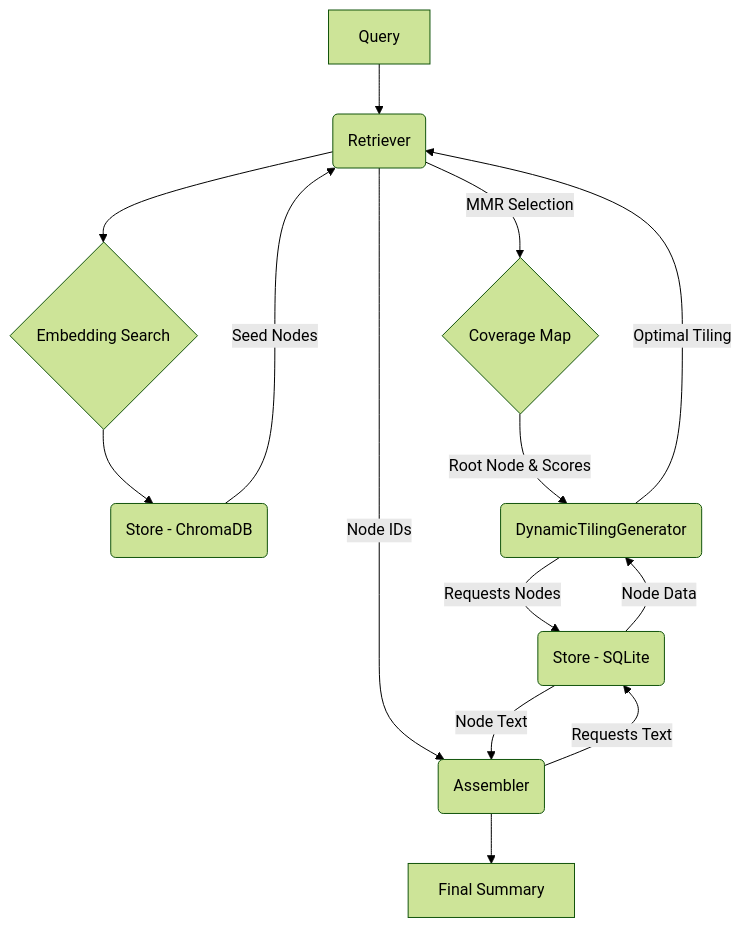
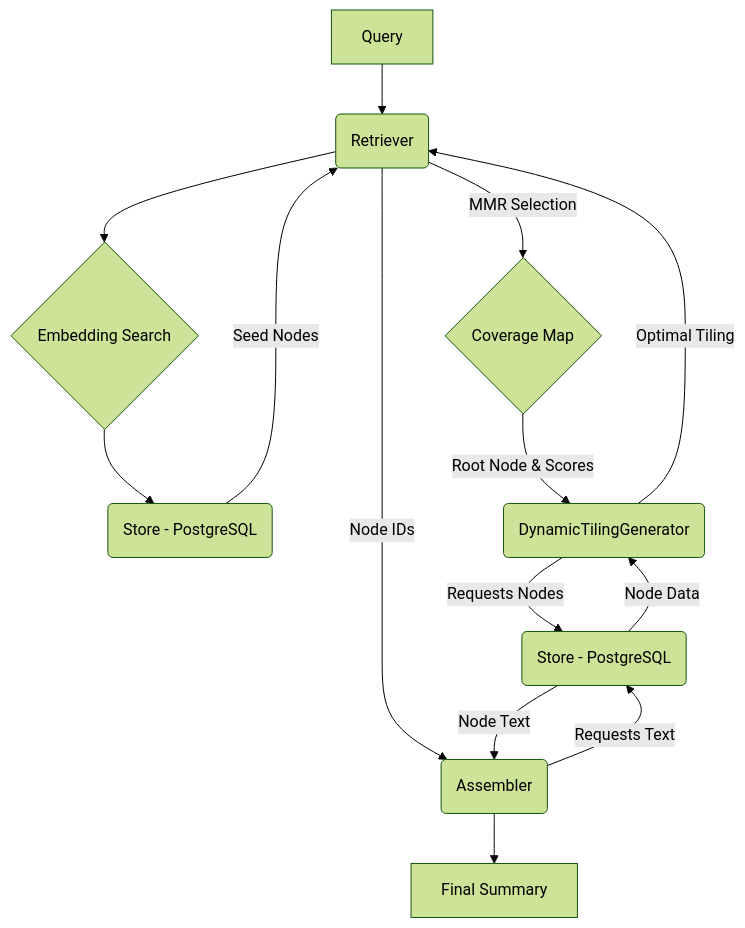
Before and after one commit to eumemic/dynamic-summary: the second of 2 diagrams in docs/architecture.md, drawn with Mermaid (forest theme). The commit also changed other lines of this file and 25 other files, not shown here.

````diff
--- a/docs/architecture.md
+++ b/docs/architecture.md
@@ -79,16 +79,16 @@
 ```mermaid
 graph TD;
     A[Query] --> B(Retriever);
     B --> C{Embedding Search};
-    C --> D(Store - ChromaDB);
+    C --> D(Store - PostgreSQL);
     D -- Seed Nodes --> B;
     B -- MMR Selection --> B2{Coverage Map};
     B2 -- Root Node & Scores --> E(DynamicTilingGenerator);
-    E -- Requests Nodes --> F(Store - SQLite);
+    E -- Requests Nodes --> F(Store - PostgreSQL);
     F -- Node Data --> E;
     E -- Optimal Tiling --> B;
     B -- Node IDs --> G(Assembler);
     G -- Requests Text --> F;
     F -- Node Text --> G;
     G --> H[Final Summary];
 ```
````
